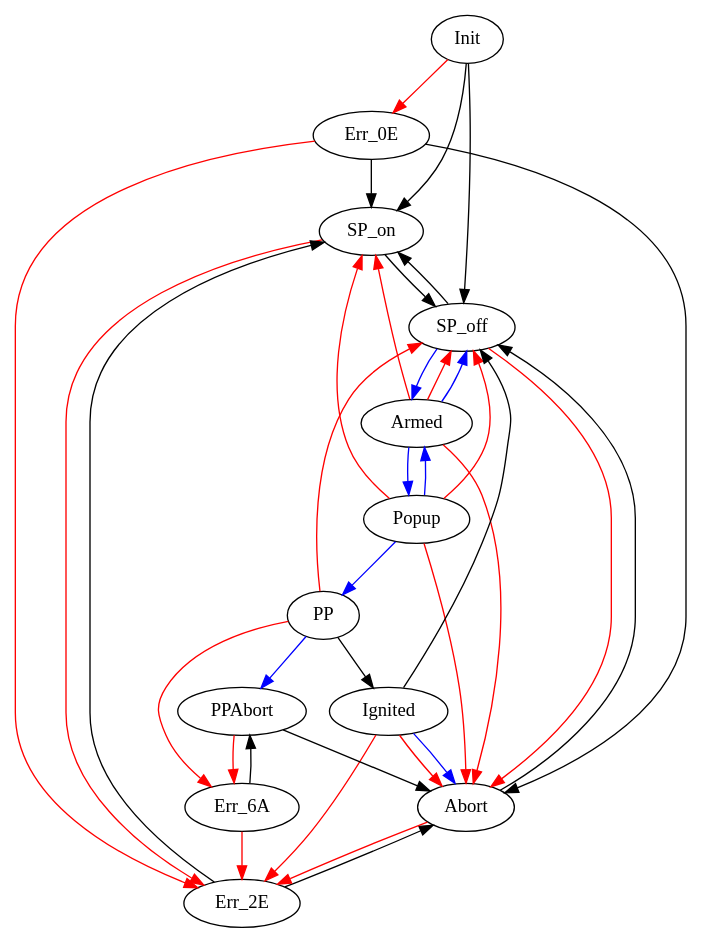
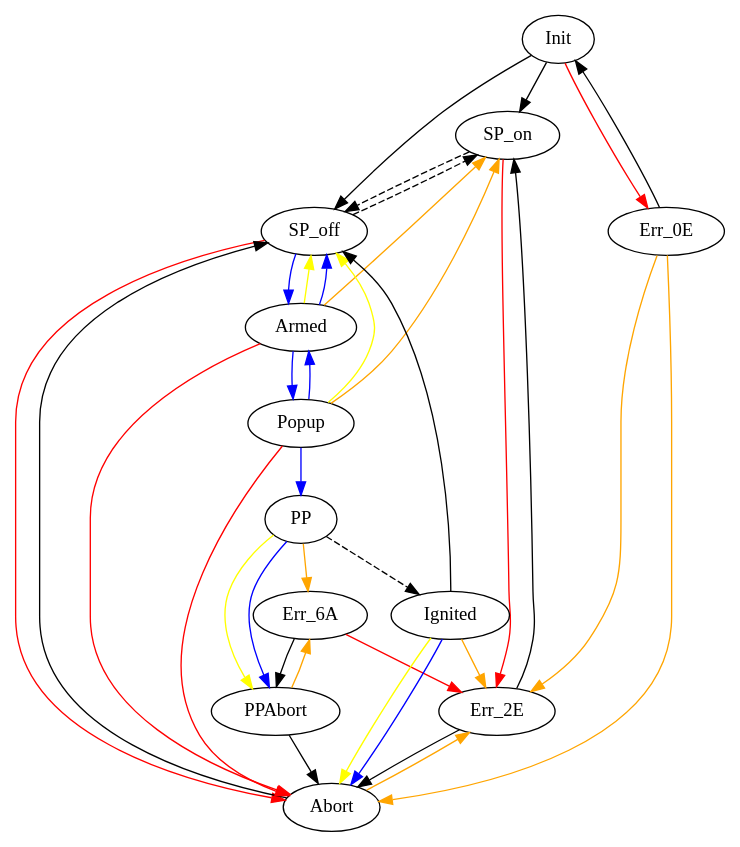
Before and after one commit to psas/launch-tower-comm: the diagram in launch-tower-comm/ltcctrl.gv, drawn with Graphviz.

Commit message:
LTCctrl graph with extra colors and dashes

```diff
--- a/launch-tower-comm/ltcctrl.gv
+++ b/launch-tower-comm/ltcctrl.gv
@@ -1,50 +1,50 @@
 digraph ltcctrl {
 	Init -> SP_on;
 	Init -> SP_off;
 	Init -> Err_0E [color=red];
 	
-	SP_on -> SP_off;
+	SP_on -> SP_off [style=dashed];
 	SP_on -> Err_2E [color=red];
 
-	SP_off -> SP_on;
+	SP_off -> SP_on [style=dashed];
 	SP_off -> Abort [color=red];
 	SP_off -> Armed [color=blue];
 
-	Armed -> SP_on [color=red];
+	Armed -> SP_on [color=orange];
 	Armed -> Abort [color=red];
-	Armed -> SP_off [color=red];
+	Armed -> SP_off [color=yellow];
 	Armed -> Popup [color=blue];
 	Armed -> SP_off [color=blue];
 
-	PP -> Err_6A [color=red];
-	PP -> Ignited;
-	PP -> SP_off [color=red];
+	PP -> Err_6A [color=orange];
+	PP -> Ignited [style=dashed];
+	PP -> PPAbort [color=yellow];
 	PP -> PPAbort [color=blue];
 	
-	Ignited -> Err_2E [color=red];
+	Ignited -> Err_2E [color=orange];
 	Ignited -> SP_off;
-	Ignited -> Abort [color=red];
+	Ignited -> Abort [color=yellow];
 	Ignited -> Abort [color=blue];
 
-	Abort -> Err_2E [color=red];
+	Abort -> Err_2E [color=orange];
 	Abort -> SP_off;
 
 	Err_2E -> Abort;
 	Err_2E -> SP_on;
 
-	Err_0E -> Err_2E [color=red];
-	Err_0E -> Abort;
-	Err_0E -> SP_on;
+	Err_0E -> Err_2E [color=orange];
+	Err_0E -> Abort [color=orange];
+	Err_0E -> Init;
 
-	PPAbort -> Err_6A [color=red];
+	PPAbort -> Err_6A [color=orange];
 	PPAbort -> Abort;
 	
 	Err_6A -> PPAbort;
 	Err_6A -> Err_2E [color=red];
 
-	Popup -> SP_on [color=red];
+	Popup -> SP_on [color=orange];
 	Popup -> Abort [color=red];
-	Popup -> SP_off [color=red];
+	Popup -> SP_off [color=yellow];
 	Popup -> PP [color=blue];
 	Popup -> Armed [color=blue];
 }
```
